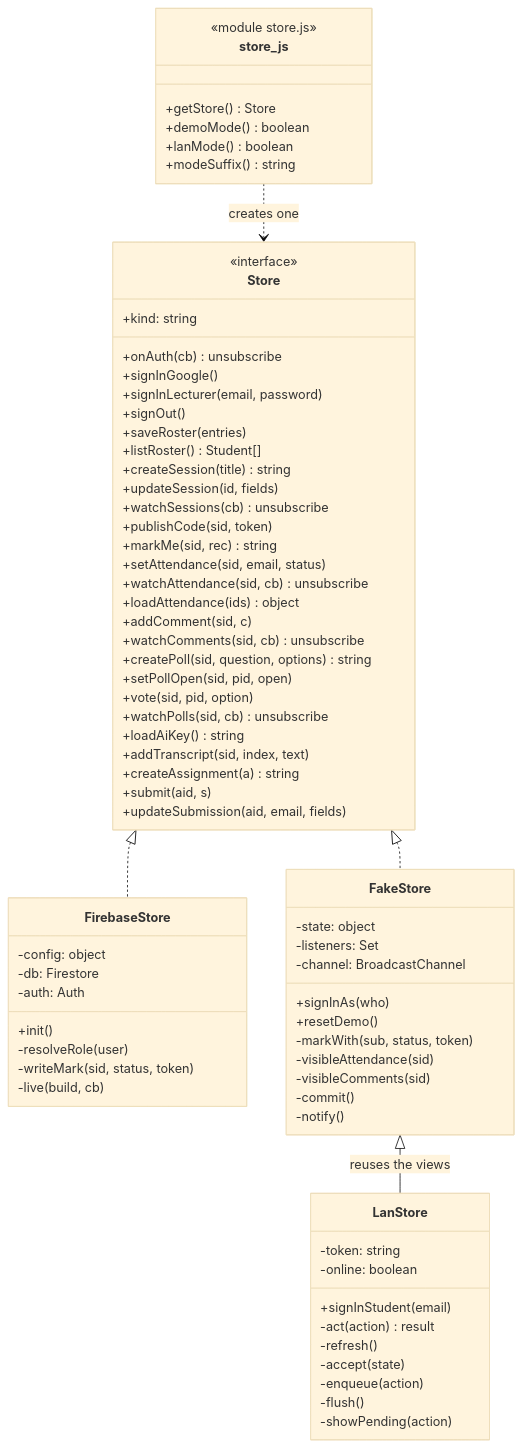
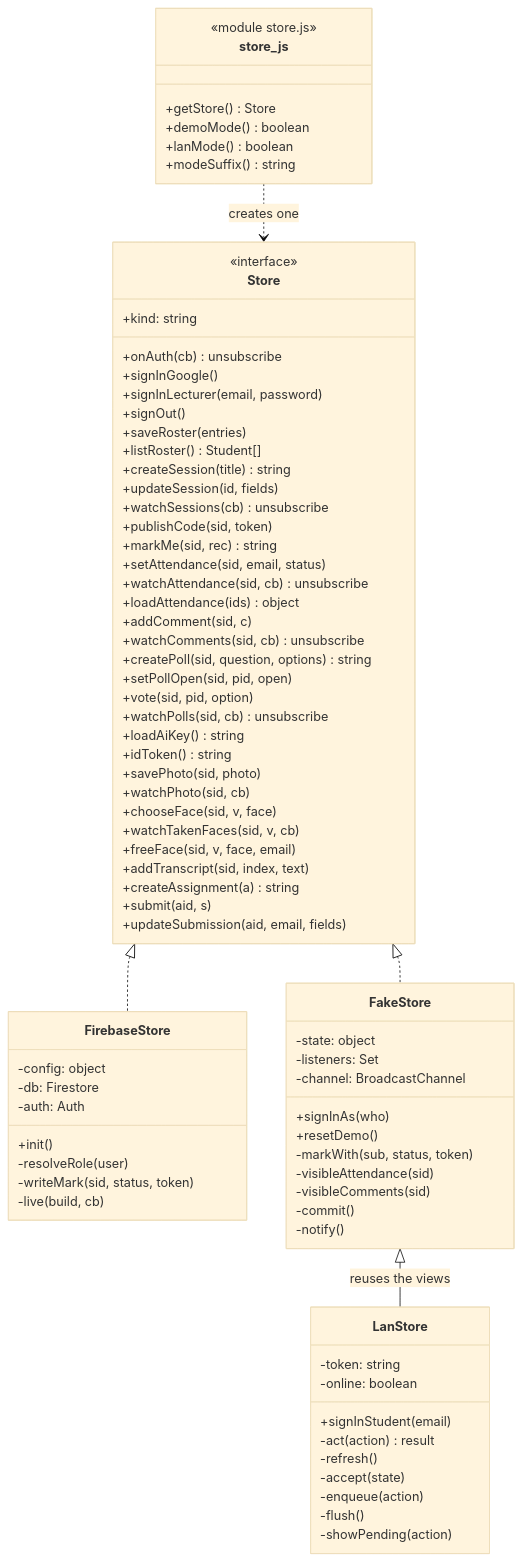
One commit to minion-dog/I2CS_Ex2-smart-class-demo changed the second of 5 diagrams in docs/06_CLASS_DIAGRAMS.md. Above: the diagram before and after it, drawn with Mermaid (base theme). The commit also changed other lines of this file and 54 other files, not shown here.

First line of the commit message:
Class photo with face boxes, 5 s QR, AI key in a Cloudflare Worker

````diff
--- a/docs/06_CLASS_DIAGRAMS.md
+++ b/docs/06_CLASS_DIAGRAMS.md
@@ -108,76 +108,82 @@
 ```mermaid
 classDiagram
     direction TB
     class Store {
         <<interface>>
         +kind: string
         +onAuth(cb) unsubscribe
         +signInGoogle()
         +signInLecturer(email, password)
         +signOut()
         +saveRoster(entries)
         +listRoster() Student[]
         +createSession(title) string
         +updateSession(id, fields)
         +watchSessions(cb) unsubscribe
         +publishCode(sid, token)
         +markMe(sid, rec) string
         +setAttendance(sid, email, status)
         +watchAttendance(sid, cb) unsubscribe
         +loadAttendance(ids) object
         +addComment(sid, c)
         +watchComments(sid, cb) unsubscribe
         +createPoll(sid, question, options) string
         +setPollOpen(sid, pid, open)
         +vote(sid, pid, option)
         +watchPolls(sid, cb) unsubscribe
         +loadAiKey() string
+        +idToken() string
+        +savePhoto(sid, photo)
+        +watchPhoto(sid, cb)
+        +chooseFace(sid, v, face)
+        +watchTakenFaces(sid, v, cb)
+        +freeFace(sid, v, face, email)
         +addTranscript(sid, index, text)
         +createAssignment(a) string
         +submit(aid, s)
         +updateSubmission(aid, email, fields)
     }
     class FirebaseStore {
         -config: object
         -db: Firestore
         -auth: Auth
         +init()
         -resolveRole(user)
         -writeMark(sid, status, token)
         -live(build, cb)
     }
     class FakeStore {
         -state: object
         -listeners: Set
         -channel: BroadcastChannel
         +signInAs(who)
         +resetDemo()
         -markWith(sub, status, token)
         -visibleAttendance(sid)
         -visibleComments(sid)
         -commit()
         -notify()
     }
     class LanStore {
         -token: string
         -online: boolean
         +signInStudent(email)
         -act(action) result
         -refresh()
         -accept(state)
         -enqueue(action)
         -flush()
         -showPending(action)
     }
     class store_js {
         <<module store.js>>
         +getStore() Store
         +demoMode() boolean
         +lanMode() boolean
         +modeSuffix() string
     }
     Store <|.. FirebaseStore
     Store <|.. FakeStore
     FakeStore <|-- LanStore : reuses the views
     store_js ..> Store : creates one
 ```
````
